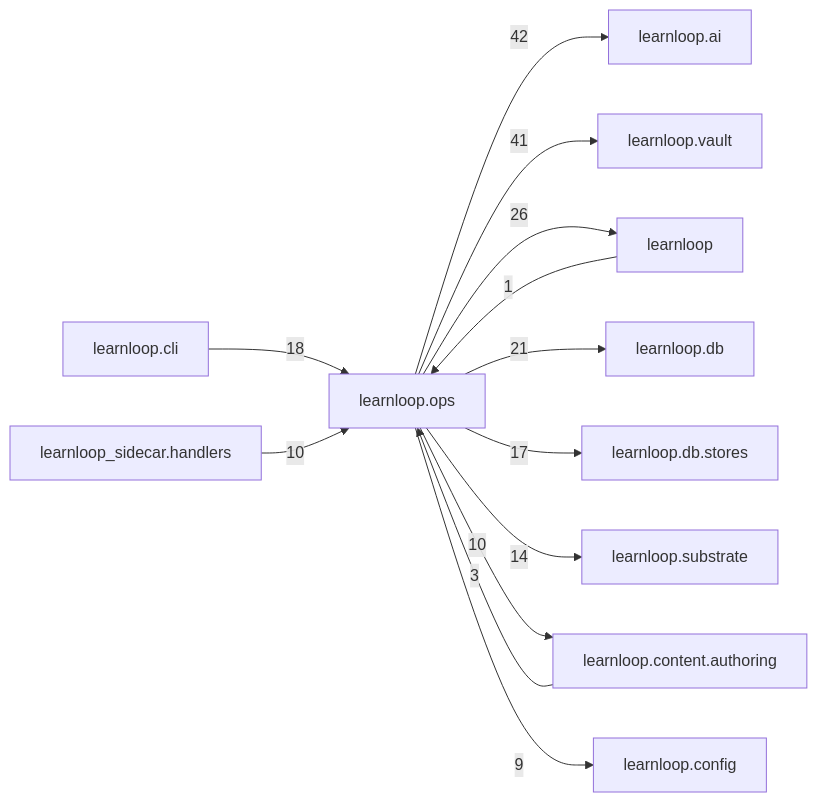
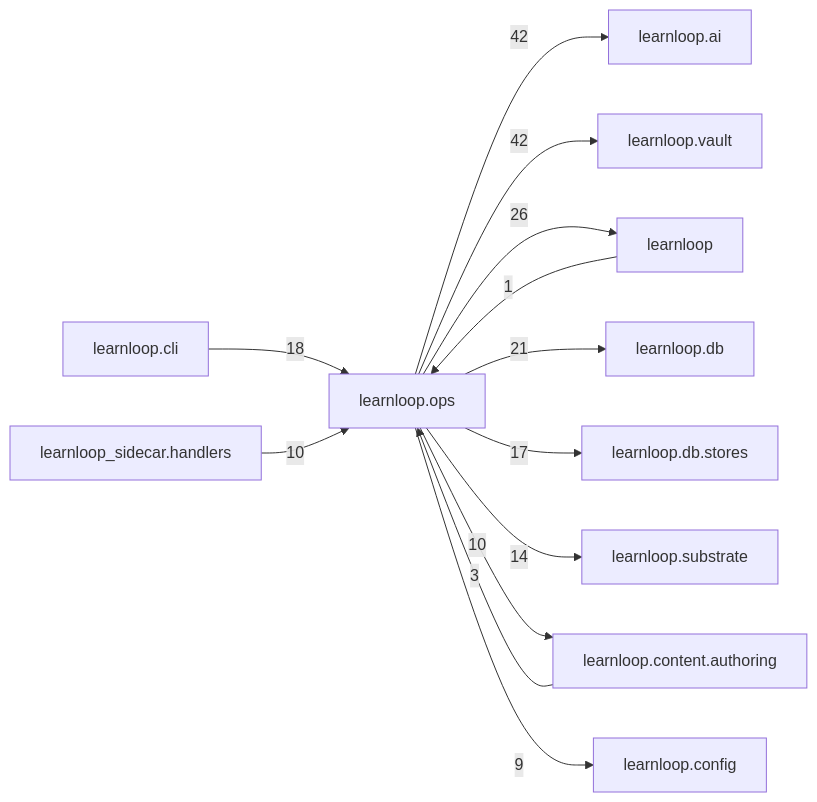
Before and after one commit to 6up-b/learnanything: the diagram in docs/learnloop-architecture-vault/Reference/Modules/learnloop/ops/_package.md, drawn with Mermaid. The commit also changed other lines of this file and 68 other files, not shown here.

````diff
--- a/docs/learnloop-architecture-vault/Reference/Modules/learnloop/ops/_package.md
+++ b/docs/learnloop-architecture-vault/Reference/Modules/learnloop/ops/_package.md
@@ -149,26 +149,26 @@
 ```mermaid
 flowchart LR
     center["learnloop.ops"]
     n_learnloop_ai["learnloop.ai"]
     n_learnloop_vault["learnloop.vault"]
     n_learnloop["learnloop"]
     n_learnloop_db["learnloop.db"]
     n_learnloop_cli["learnloop.cli"]
     n_learnloop_db_stores["learnloop.db.stores"]
     n_learnloop_substrate["learnloop.substrate"]
     n_learnloop_content_authoring["learnloop.content.authoring"]
     n_learnloop_sidecar_handlers["learnloop_sidecar.handlers"]
     n_learnloop_config["learnloop.config"]
     center -->|42| n_learnloop_ai
-    center -->|41| n_learnloop_vault
+    center -->|42| n_learnloop_vault
     n_learnloop -->|1| center
     center -->|26| n_learnloop
     center -->|21| n_learnloop_db
     n_learnloop_cli -->|18| center
     center -->|17| n_learnloop_db_stores
     center -->|14| n_learnloop_substrate
     n_learnloop_content_authoring -->|3| center
     center -->|10| n_learnloop_content_authoring
     n_learnloop_sidecar_handlers -->|10| center
     center -->|9| n_learnloop_config
 ```
````
